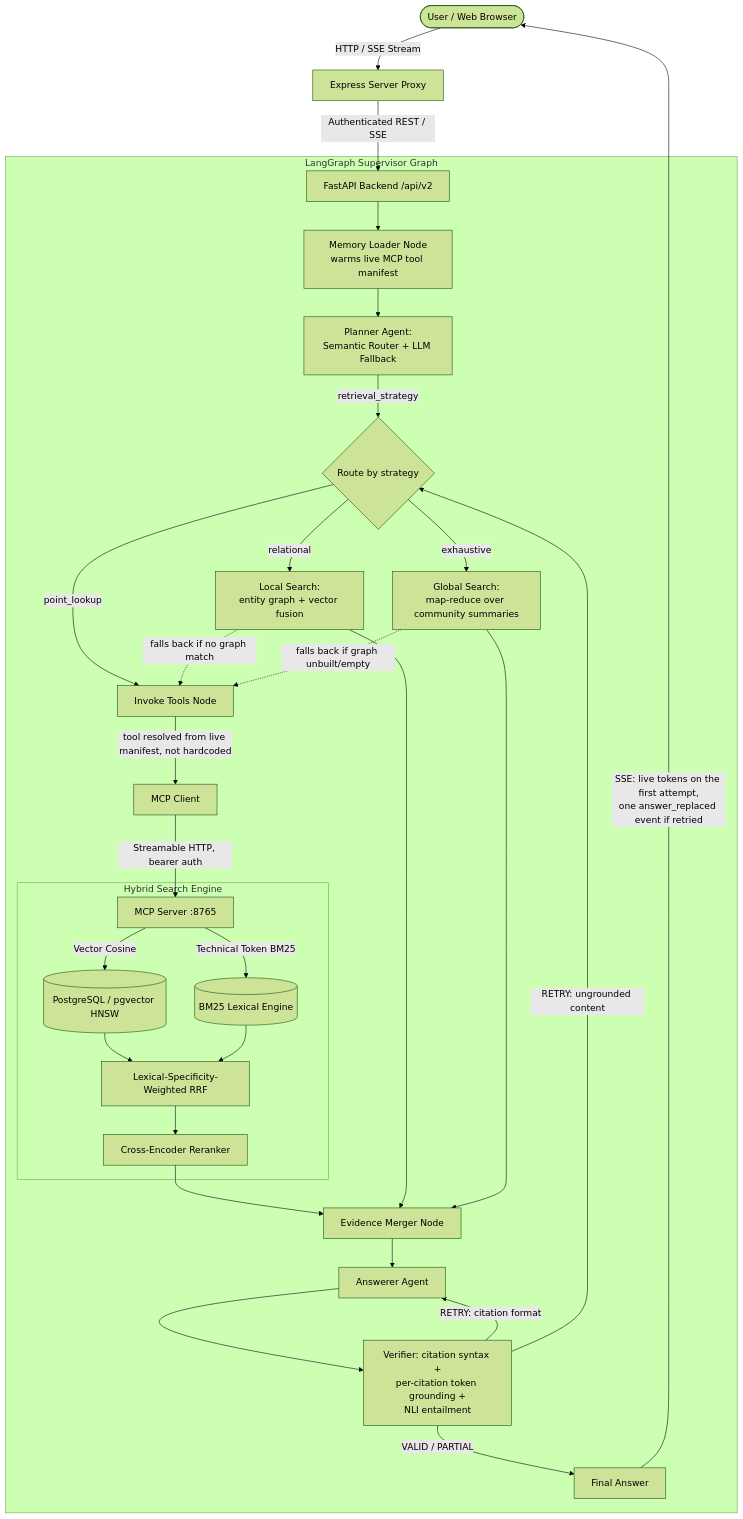
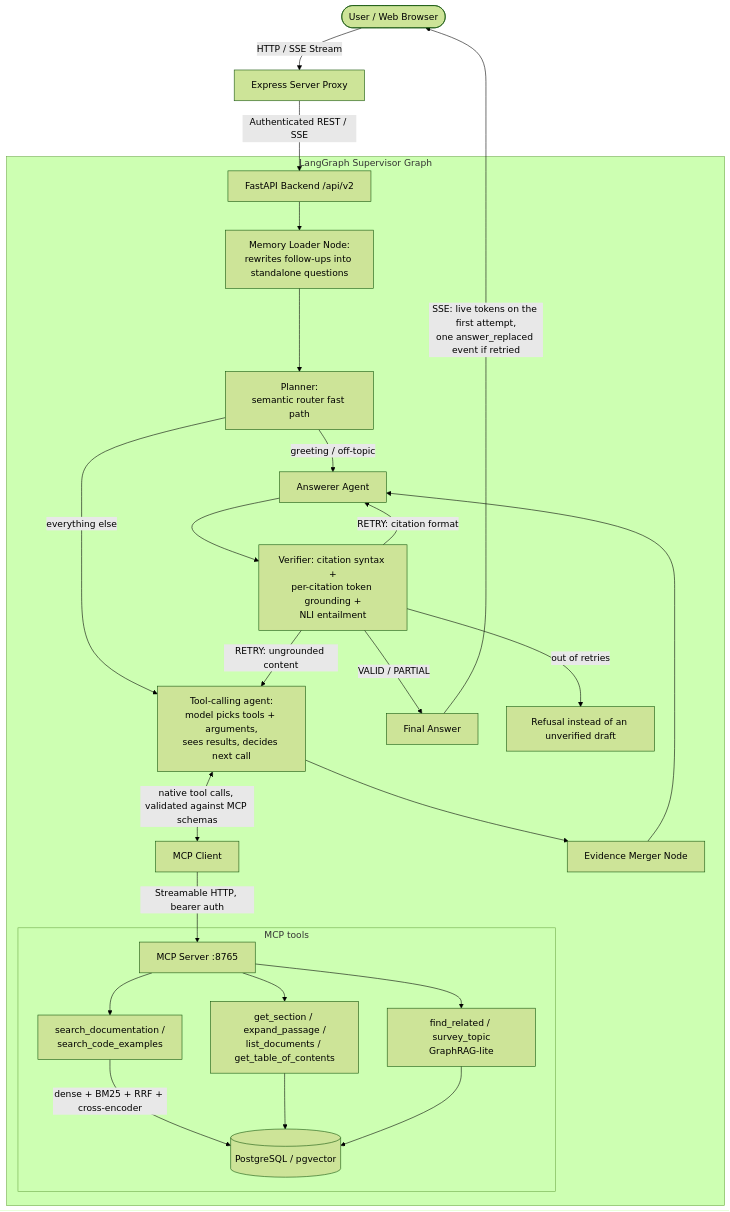
One commit to atharva0300/technical-documentation-rag-and-ai-assistant changed the diagram in README.md. Above: the diagram before and after it, drawn with Mermaid (forest theme). The commit also changed other lines of this file and 1 other file, not shown here.

First line of the commit message:
Document the tool-calling agent, MCP tools and follow-up rewriting

````diff
--- a/README.md
+++ b/README.md
@@ -21,42 +21,36 @@
 ```mermaid
 graph TD
     User([User / Web Browser]) -->|HTTP / SSE Stream| Proxy[Express Server Proxy]
     Proxy -->|Authenticated REST / SSE| FastAPI[FastAPI Backend /api/v2]
 
     subgraph "LangGraph Supervisor Graph"
-        FastAPI --> MemoryLoader[Memory Loader Node<br/>warms live MCP tool manifest]
-        MemoryLoader --> Planner[Planner Agent:<br/>Semantic Router + LLM Fallback]
+        FastAPI --> MemoryLoader[Memory Loader Node:<br/>rewrites follow-ups into standalone questions]
+        MemoryLoader --> Planner[Planner:<br/>semantic router fast path]
 
-        Planner -->|retrieval_strategy| Route{Route by strategy}
-        Route -->|point_lookup| InvokeTools[Invoke Tools Node]
-        Route -->|relational| LocalSearch[Local Search:<br/>entity graph + vector fusion]
-        Route -->|exhaustive| GlobalSearch[Global Search:<br/>map-reduce over community summaries]
+        Planner -->|greeting / off-topic| Answerer
+        Planner -->|everything else| Agent[Tool-calling agent:<br/>model picks tools + arguments,<br/>sees results, decides next call]
 
-        InvokeTools -->|tool resolved from live manifest, not hardcoded| MCPClient[MCP Client]
+        Agent <-->|native tool calls, validated against MCP schemas| MCPClient[MCP Client]
         MCPClient -->|Streamable HTTP, bearer auth| MCPServer[MCP Server :8765]
 
-        subgraph "Hybrid Search Engine"
-            MCPServer -->|Vector Cosine| PGVector[(PostgreSQL / pgvector HNSW)]
-            MCPServer -->|Technical Token BM25| BM25[(BM25 Lexical Engine)]
-
-            PGVector --> RRF[Lexical-Specificity-Weighted RRF]
-            BM25 --> RRF
-            RRF --> Reranker[Cross-Encoder Reranker]
+        subgraph "MCP tools"
+            MCPServer --> Search[search_documentation /<br/>search_code_examples]
+            MCPServer --> Nav[get_section / expand_passage /<br/>list_documents / get_table_of_contents]
+            MCPServer --> Graph[find_related / survey_topic<br/>GraphRAG-lite]
+            Search -->|dense + BM25 + RRF + cross-encoder| PGVector[(PostgreSQL / pgvector)]
+            Nav --> PGVector
+            Graph --> PGVector
         end
 
-        LocalSearch -.->|falls back if no graph match| InvokeTools
-        GlobalSearch -.->|falls back if graph unbuilt/empty| InvokeTools
-
-        Reranker --> Merger[Evidence Merger Node]
-        LocalSearch --> Merger
-        GlobalSearch --> Merger
+        Agent --> Merger[Evidence Merger Node]
         Merger --> Answerer[Answerer Agent]
         Answerer --> Verifier[Verifier: citation syntax +<br/>per-citation token grounding +<br/>NLI entailment]
 
         Verifier -->|VALID / PARTIAL| Finish[Final Answer]
         Verifier -->|RETRY: citation format| Answerer
-        Verifier -->|RETRY: ungrounded content| Route
+        Verifier -->|RETRY: ungrounded content| Agent
+        Verifier -->|out of retries| Refuse[Refusal instead of an unverified draft]
     end
 
     Finish -->|SSE: live tokens on the first attempt,<br/>one answer_replaced event if retried| User
 ```
````
